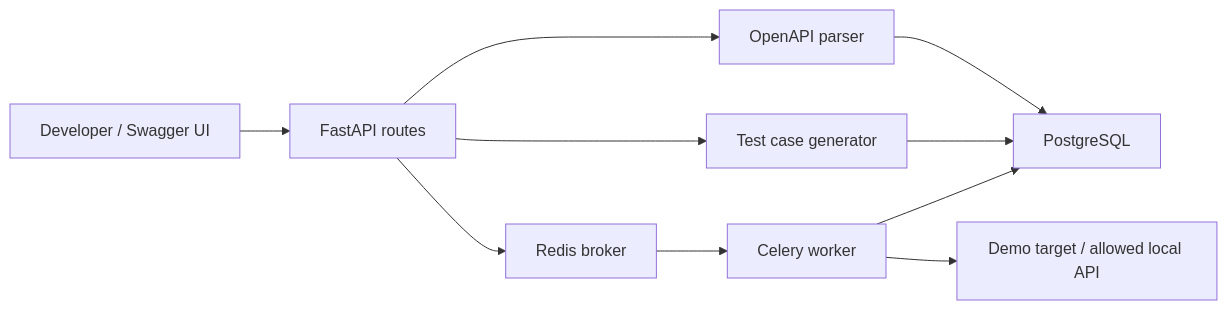
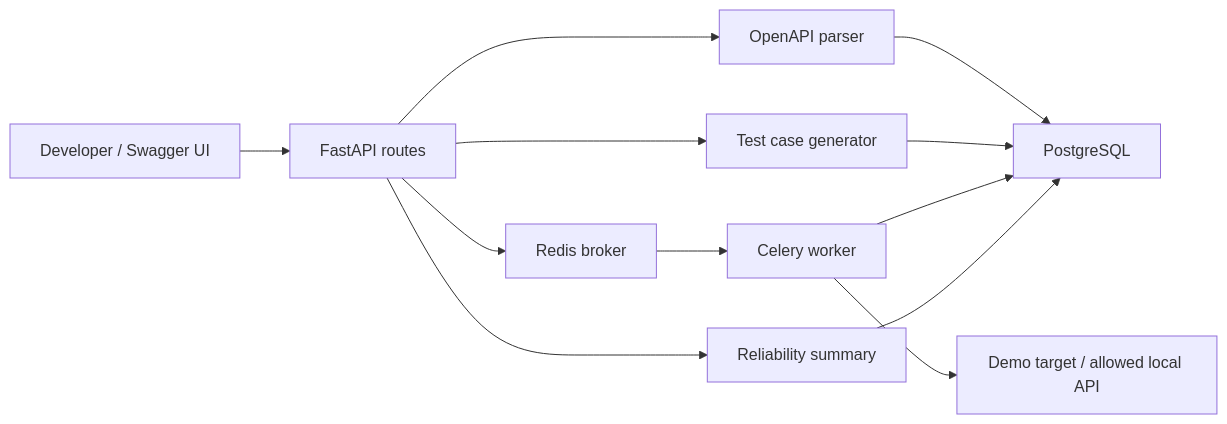
Before and after one commit to AdityaT360/specpulse: the first of 3 diagrams in ARCHITECTURE.md, drawn with Mermaid. The commit also changed other lines of this file and 9 other files, not shown here.

````diff
--- a/ARCHITECTURE.md
+++ b/ARCHITECTURE.md
@@ -9,12 +9,14 @@
 ```mermaid
 flowchart LR
     U["Developer / Swagger UI"] --> A["FastAPI routes"]
     A --> V["OpenAPI parser"]
     A --> G["Test case generator"]
     V --> P["PostgreSQL"]
     G --> P
     A --> R["Redis broker"]
     R --> W["Celery worker"]
     W --> P
     W --> D["Demo target / allowed local API"]
+    A --> S["Reliability summary"]
+    S --> P
 ```
````
